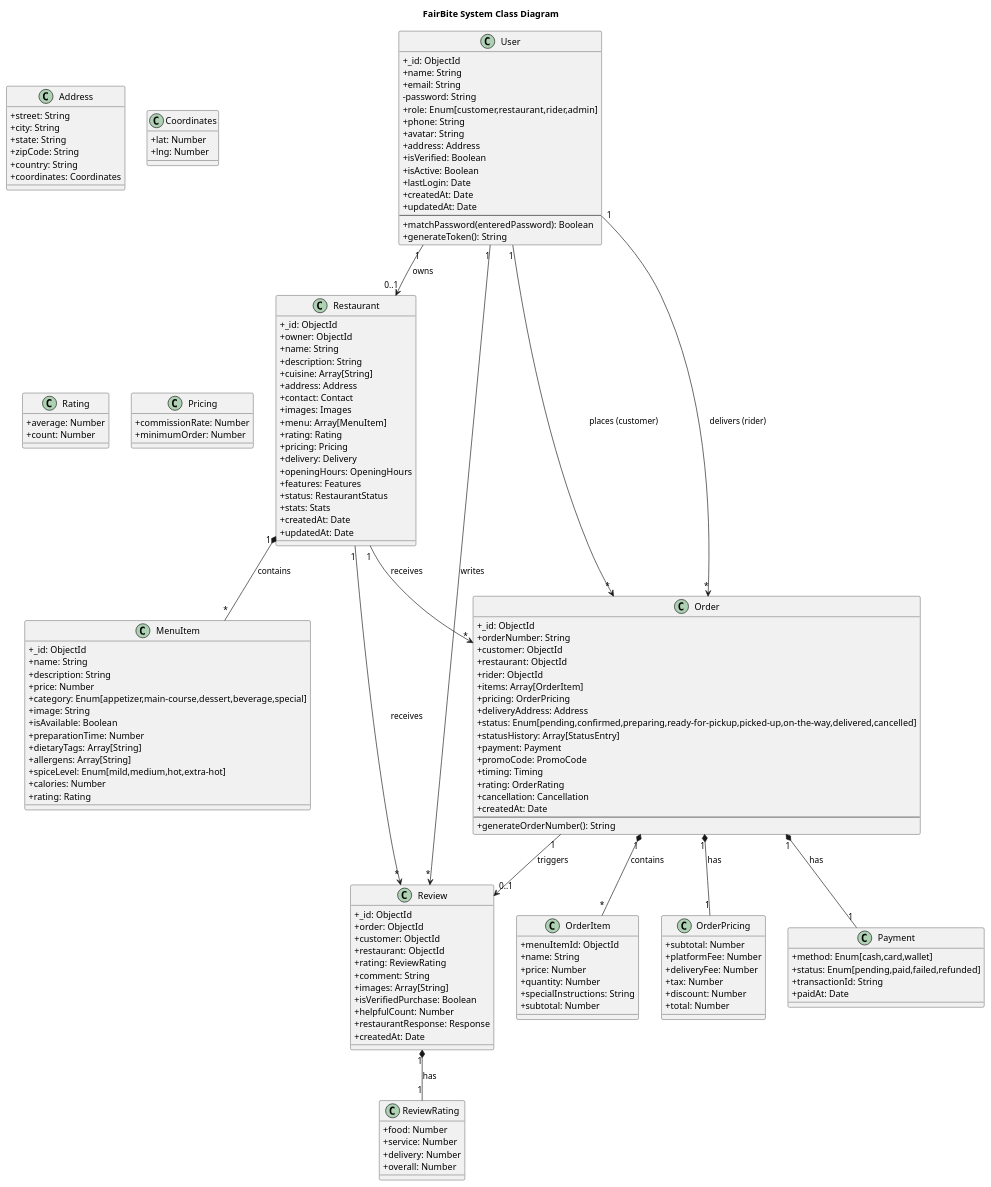
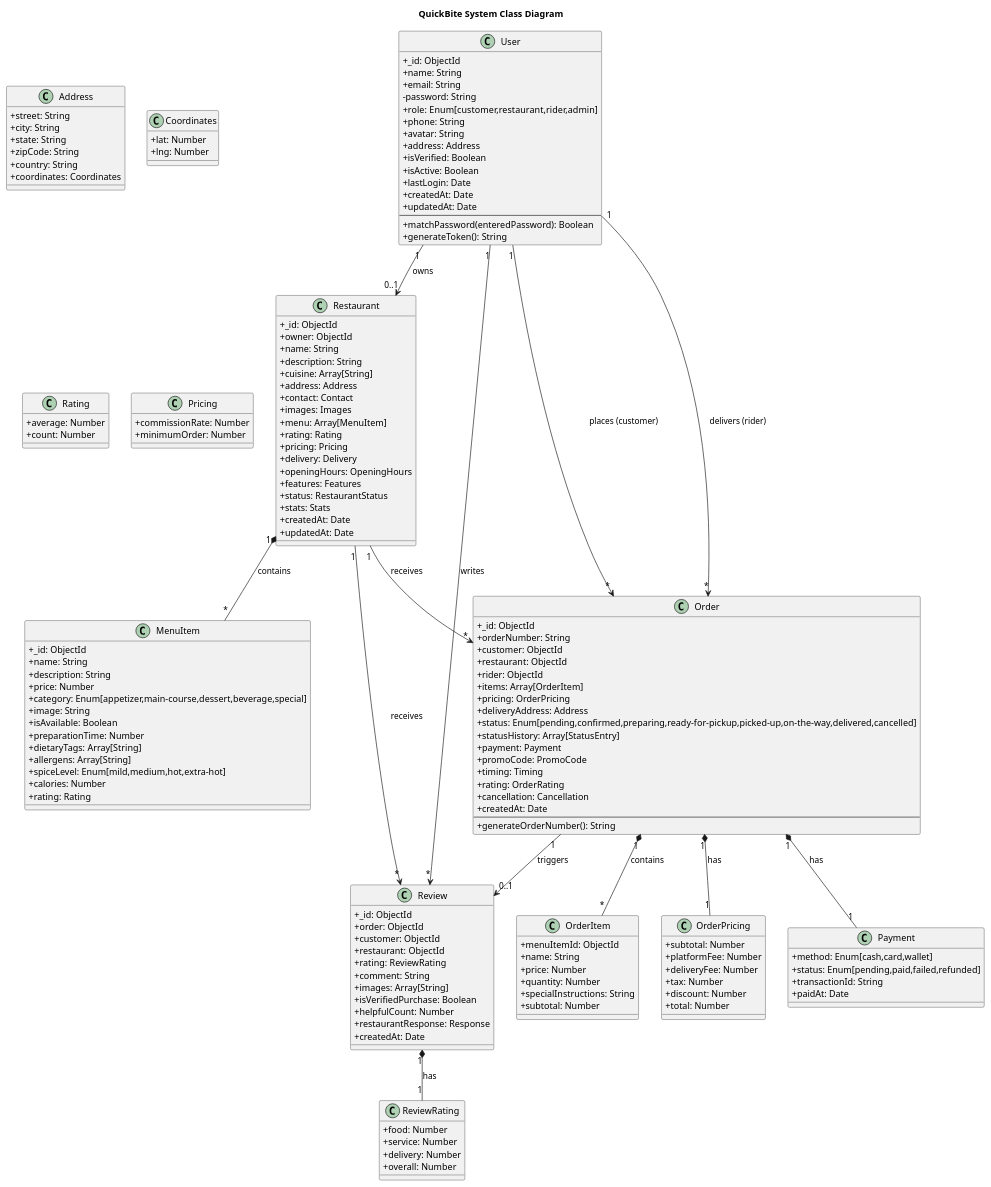
One commit to DevShehroz1/fairbite-food-delivery changed the diagram in docs/diagrams/uml/class-diagram.md. Above: the diagram before and after it, drawn with PlantUML. The commit also changed 45 other files, not shown here.

First line of the commit message:
Rebrand FairBite -> QuickBite across product, docs, and infra

````diff
--- a/docs/diagrams/uml/class-diagram.md
+++ b/docs/diagrams/uml/class-diagram.md
@@ -3,6 +3,6 @@
 ```plantuml
-@startuml FairBite-ClassDiagram
-title FairBite System Class Diagram
+@startuml QuickBite-ClassDiagram
+title QuickBite System Class Diagram
 
 skinparam classAttributeIconSize 0
 
````
